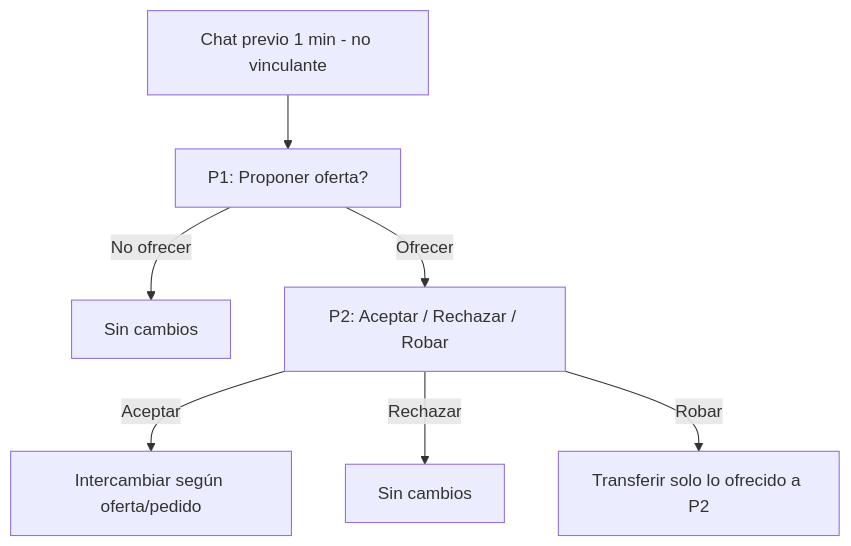
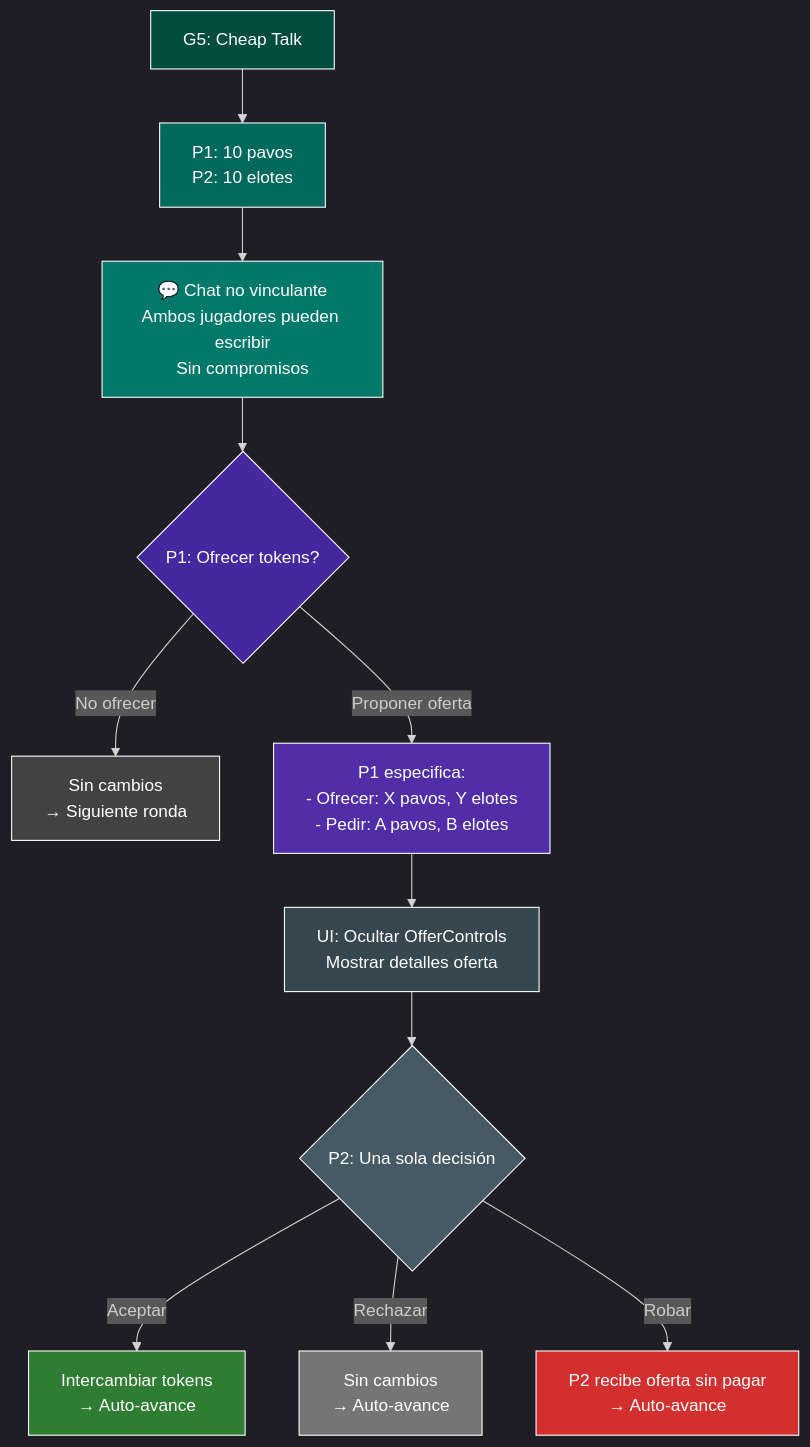
Before and after one commit to josedario87/snatchgame: the ninth of 11 diagrams in game-design-mermaid.md, drawn with Mermaid. The commit also changed other lines of this file and 8 other files, not shown here.

Commit message:
arreglados los mermaids

````diff
--- a/game-design-mermaid.md
+++ b/game-design-mermaid.md
@@ -196,10 +419,29 @@
 ```mermaid
 %% g5-cheap-talk.mmd
 flowchart TD
-  Pre[Chat previo 1 min - no vinculante] --> A5[P1: Proponer oferta?]
-  A5 -->|No ofrecer| O1[Sin cambios]
-  A5 -->|Ofrecer| B5[P2: Aceptar / Rechazar / Robar]
-  B5 -->|Aceptar| O2[Intercambiar según oferta/pedido]
-  B5 -->|Rechazar| O3[Sin cambios]
-  B5 -->|Robar| O4[Transferir solo lo ofrecido a P2]
+  Start[G5: Cheap Talk] --> Init[P1: 10 pavos<br/>P2: 10 elotes]
+  Init --> Pre[💬 Chat no vinculante<br/>Ambos jugadores pueden escribir<br/>Sin compromisos]
+  Pre --> A5{P1: Ofrecer tokens?}
+  A5 -->|No ofrecer| O1[Sin cambios<br/>→ Siguiente ronda]
+  A5 -->|Proponer oferta| B5[P1 especifica:<br/>- Ofrecer: X pavos, Y elotes<br/>- Pedir: A pavos, B elotes]
+  
+  B5 --> C5[UI: Ocultar OfferControls<br/>Mostrar detalles oferta]
+  C5 --> D5{P2: Una sola decisión}
+  
+  D5 -->|Aceptar| O2[Intercambiar tokens<br/>→ Auto-avance]
+  D5 -->|Rechazar| O3[Sin cambios<br/>→ Auto-avance]
+  D5 -->|Robar| O4[P2 recibe oferta sin pagar<br/>→ Auto-avance]
+  
+  %%{init: {'theme':'dark'}}%%
+  style Start fill:#004d40,stroke:#fff,color:#fff
+  style Init fill:#00695c,stroke:#fff,color:#fff
+  style Pre fill:#00796b,stroke:#fff,color:#fff
+  style A5 fill:#4527a0,stroke:#fff,color:#fff
+  style B5 fill:#512da8,stroke:#fff,color:#fff
+  style C5 fill:#37474f,stroke:#fff,color:#fff
+  style D5 fill:#455a64,stroke:#fff,color:#fff
+  style O1 fill:#424242,stroke:#fff,color:#fff
+  style O2 fill:#2e7d32,stroke:#fff,color:#fff
+  style O3 fill:#757575,stroke:#fff,color:#fff
+  style O4 fill:#d32f2f,stroke:#fff,color:#fff
 ```
````
